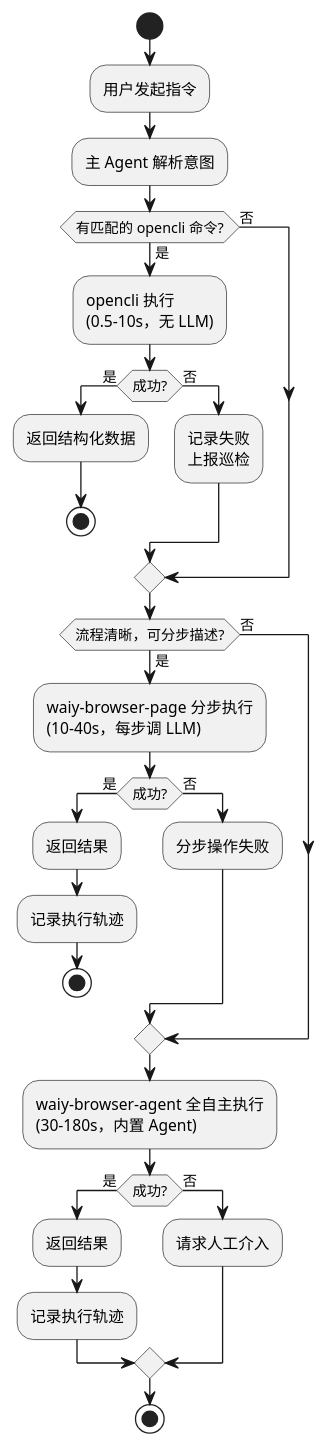
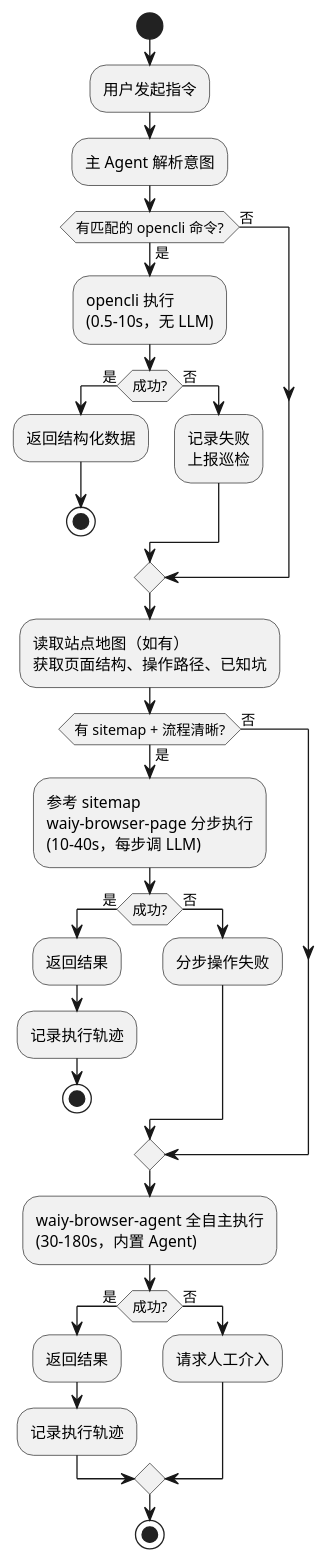
One commit to shadow-cyan/OpenCLI changed the third of 7 diagrams in doc/office-automation-architecture.md. Above: the diagram before and after it, drawn with PlantUML. The commit also changed other lines of this file, not shown here.

First line of the commit message:
docs(architecture): add three-layer artifact system (adapters + sitemaps + skill)

````diff
--- a/doc/office-automation-architecture.md
+++ b/doc/office-automation-architecture.md
@@ -281,44 +317,46 @@
 ```plantuml
 @startuml
 skinparam activityShape roundedBox
 
 start
 :用户发起指令;
 
 :主 Agent 解析意图;
 
 if (有匹配的 opencli 命令?) then (是)
   :opencli 执行\n(0.5-10s，无 LLM);
   if (成功?) then (是)
     :返回结构化数据;
     stop
   else (否)
     :记录失败\n上报巡检;
   endif
 else (否)
 endif
 
-if (流程清晰，可分步描述?) then (是)
-  :waiy-browser-page 分步执行\n(10-40s，每步调 LLM);
+:读取站点地图（如有）\n获取页面结构、操作路径、已知坑;
+
+if (有 sitemap + 流程清晰?) then (是)
+  :参考 sitemap\nwaiy-browser-page 分步执行\n(10-40s，每步调 LLM);
   if (成功?) then (是)
     :返回结果;
     :记录执行轨迹;
     stop
   else (否)
     :分步操作失败;
   endif
 else (否)
 endif
 
 :waiy-browser-agent 全自主执行\n(30-180s，内置 Agent);
 if (成功?) then (是)
   :返回结果;
   :记录执行轨迹;
 else (否)
   :请求人工介入;
 endif
 
 stop
 
 @enduml
 ```
````
